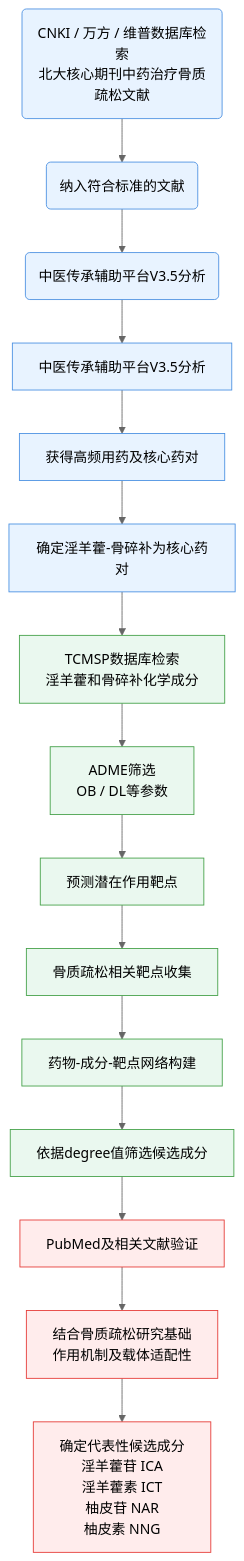
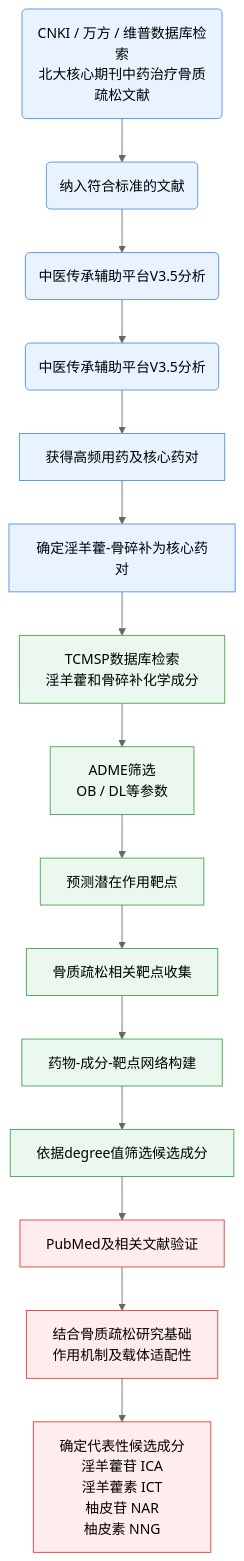
One commit to Yaotian99/iodraw-files changed the diagram in all/未命名-1.md. Above: the diagram before and after it, drawn with Mermaid (neutral theme).

Commit message:
2026-06-24 08:56:25 update

````diff
--- a/all/未命名-1.md
+++ b/all/未命名-1.md
@@ -1,29 +1,29 @@
 ```mermaid
 graph TD
 
 A1(CNKI / 万方 / 维普数据库检索<br/>北大核心期刊中药治疗骨质疏松文献) --> A2(纳入符合标准的文献)
 A2 --> A3(中医传承辅助平台V3.5分析)
-A3 --> A4[中医传承辅助平台V3.5分析]
+A3 --> A4(中医传承辅助平台V3.5分析)
 A4 --> A5[获得高频用药及核心药对]
 A5 --> A6[确定淫羊藿-骨碎补为核心药对]
 
 A6 --> B1[TCMSP数据库检索<br/>淫羊藿和骨碎补化学成分]
 B1 --> B2[ADME筛选<br/>OB / DL等参数]
 B2 --> B3[预测潜在作用靶点]
 B3 --> B4[骨质疏松相关靶点收集]
 B4 --> B5[药物-成分-靶点网络构建]
 B5 --> B6[依据degree值筛选候选成分]
 
 B6 --> C1[PubMed及相关文献验证]
 C1 --> C2[结合骨质疏松研究基础<br/>作用机制及载体适配性]
 C2 --> C3[确定代表性候选成分<br/>淫羊藿苷 ICA<br/>淫羊藿素 ICT<br/>柚皮苷 NAR<br/>柚皮素 NNG]
 
 classDef basis fill:#E8F3FF,stroke:#4A90E2,stroke-width:1px,color:#000;
 classDef network fill:#EAF8EF,stroke:#43A047,stroke-width:1px,color:#000;
 classDef result fill:#FFECEC,stroke:#E53935,stroke-width:1px,color:#000;
 
 class A1,A2,A3,A4,A5,A6 basis;
 class B1,B2,B3,B4,B5,B6 network;
 class C1,C2,C3 result;
   
 ```
````
